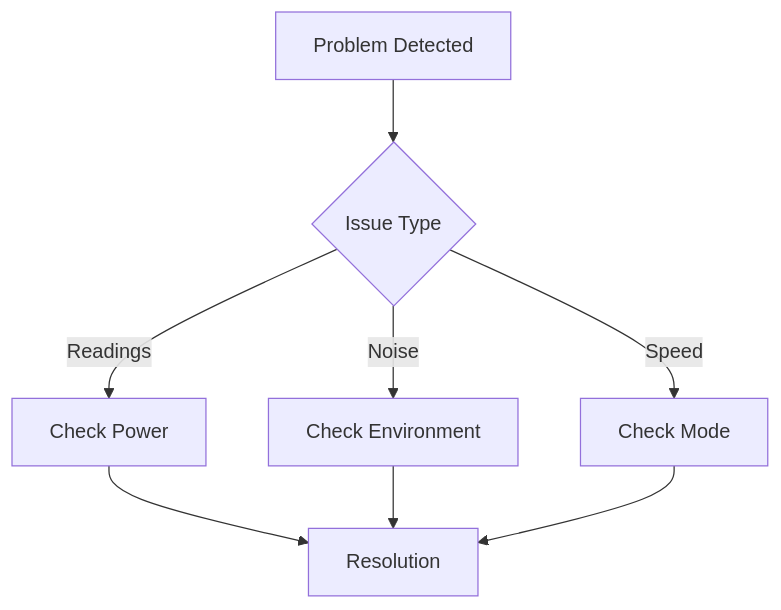
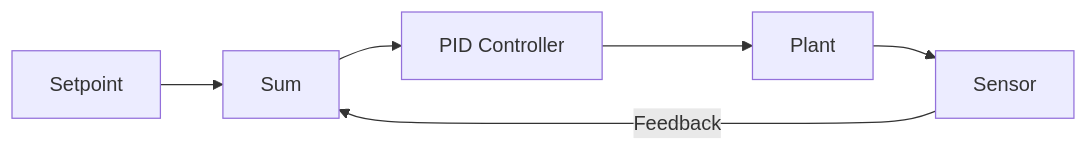
One commit to khairul-me/QuadcopterFromScratch changed the seventh of 7 diagrams in README.md. Above: the diagram before and after it, drawn with Mermaid. The commit also changed other lines of this file, not shown here.

````diff
--- a/README.md
+++ b/README.md
@@ -211,12 +190,8 @@
 ```mermaid
-graph TD
-    Issue[Problem Detected] --> Type{Issue Type}
-    
-    Type -->|Readings| Power[Check Power]
-    Type -->|Noise| Signal[Check Environment]
-    Type -->|Speed| Mode[Check Mode]
-    
-    Power --> Solution[Resolution]
-    Signal --> Solution
-    Mode --> Solution
+graph LR
+    SP[Setpoint] --> S[Sum]
+    S --> PID[PID Controller]
+    PID --> P[Plant]
+    P --> Sensor[Sensor]
+    Sensor --> |Feedback| S
 ```
````
